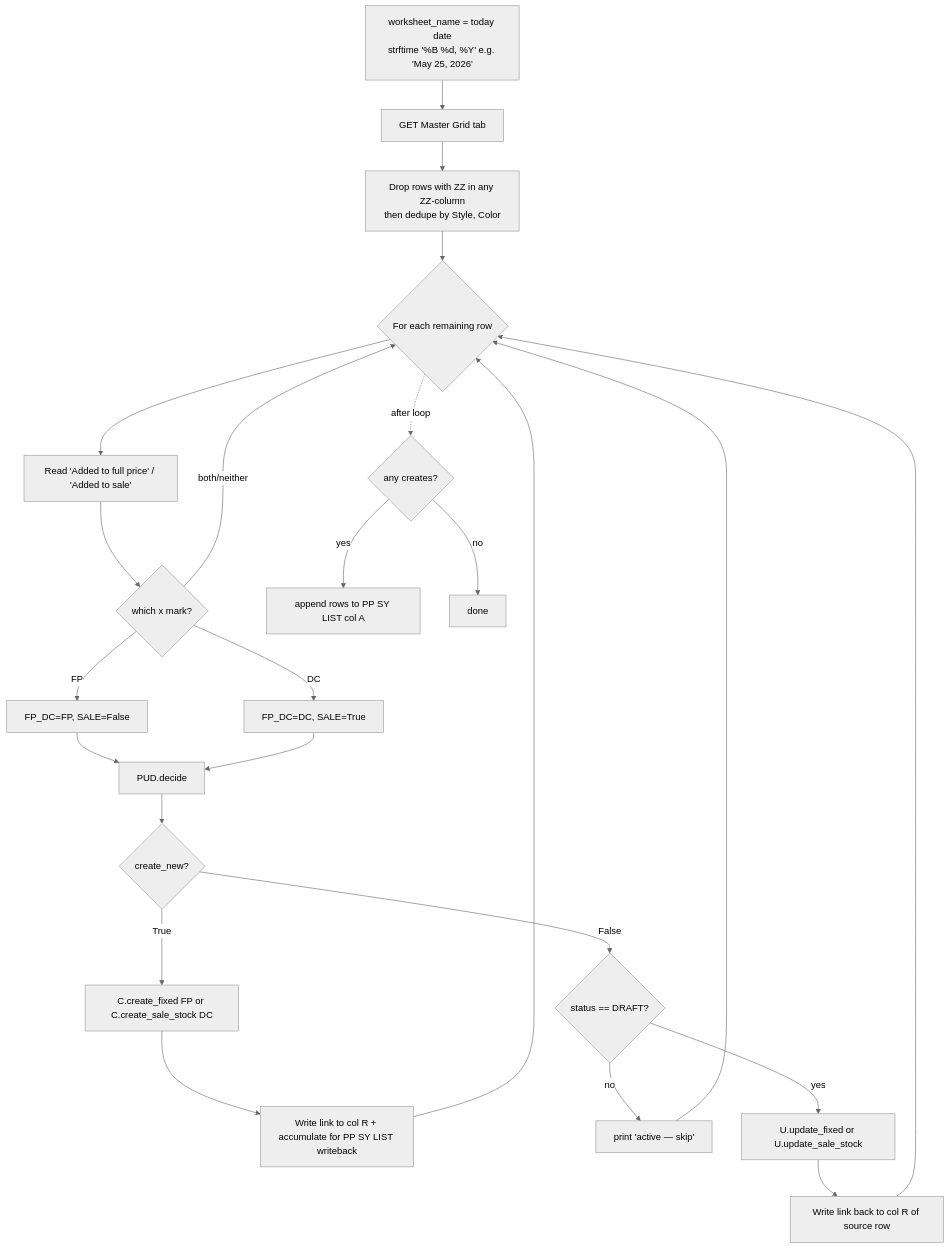
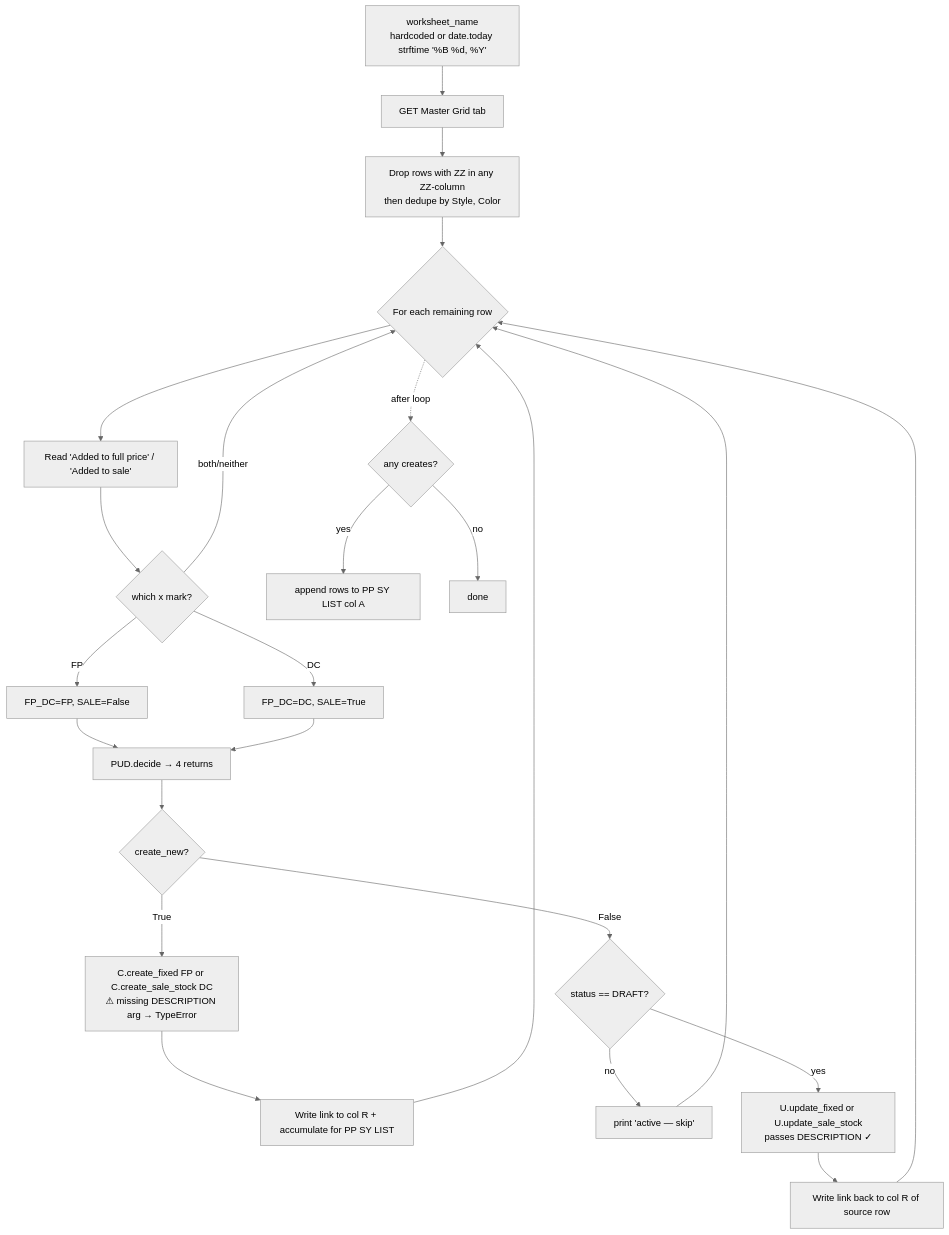
The second of 2 diagrams in PPA_FLOW.md (Wooden-Ships-Knits/product-page-automation), drawn with Mermaid (neutral theme) before and after one commit. The commit also changed other lines of this file and 5 other files, not shown here.

````diff
--- a/PPA_FLOW.md
+++ b/PPA_FLOW.md
@@ -37,26 +40,26 @@
 ```mermaid
 flowchart TD
-    A[worksheet_name = today date<br/>strftime '%B %d, %Y' e.g. 'May 25, 2026'] --> B[GET Master Grid tab]
+    A[worksheet_name<br/>hardcoded or date.today strftime '%B %d, %Y'] --> B[GET Master Grid tab]
     B --> C[Drop rows with ZZ in any ZZ-column<br/>then dedupe by Style, Color]
     C --> D{For each remaining row}
     D --> E[Read 'Added to full price' / 'Added to sale']
     E --> F{which x mark?}
     F -- both/neither --> D
     F -- FP --> G[FP_DC=FP, SALE=False]
     F -- DC --> H[FP_DC=DC, SALE=True]
-    G --> I[PUD.decide]
+    G --> I[PUD.decide → 4 returns]
     H --> I
     I --> J{create_new?}
-    J -- True --> K[C.create_fixed FP or C.create_sale_stock DC]
-    K --> K2[Write link to col R + accumulate for PP SY LIST writeback]
+    J -- True --> K[C.create_fixed FP or C.create_sale_stock DC<br/>⚠ missing DESCRIPTION arg → TypeError]
+    K --> K2[Write link to col R + accumulate for PP SY LIST]
     J -- False --> L{status == DRAFT?}
     L -- no --> M[print 'active — skip']
-    L -- yes --> N[U.update_fixed or U.update_sale_stock]
+    L -- yes --> N[U.update_fixed or U.update_sale_stock<br/>passes DESCRIPTION ✓]
     N --> O[Write link back to col R of source row]
     O --> D
     K2 --> D
     M --> D
     D -.after loop.-> P{any creates?}
     P -- yes --> Q[append rows to PP SY LIST col A]
     P -- no --> R[done]
 ```
````
